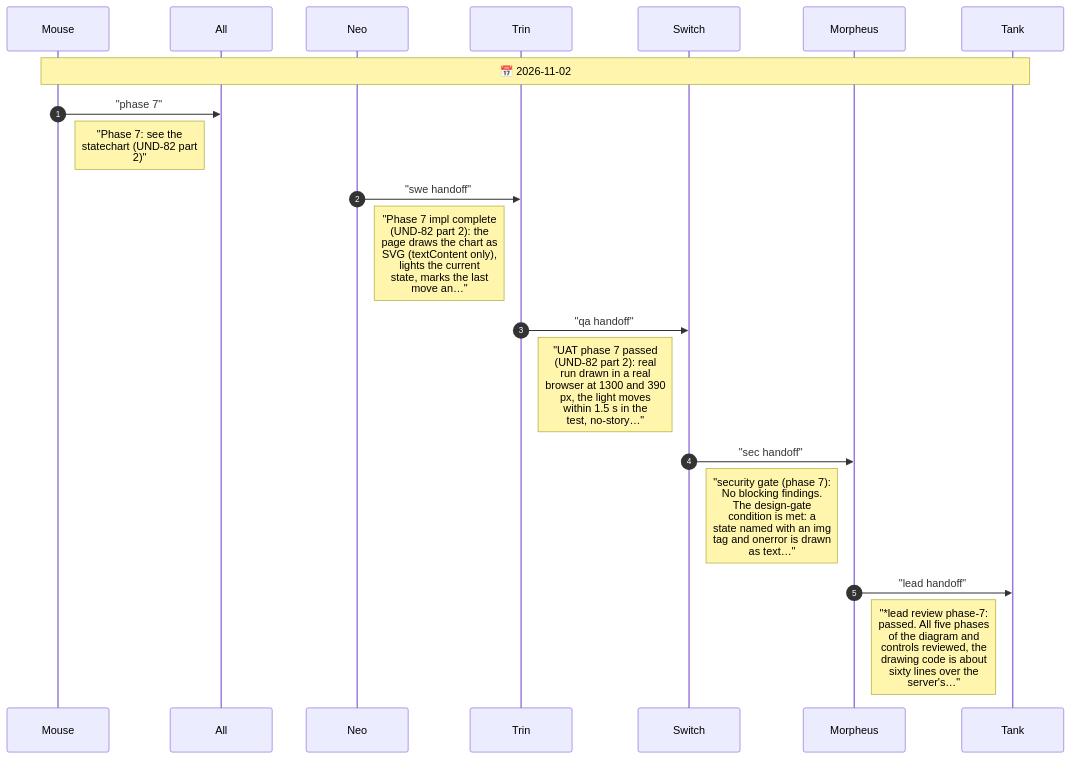
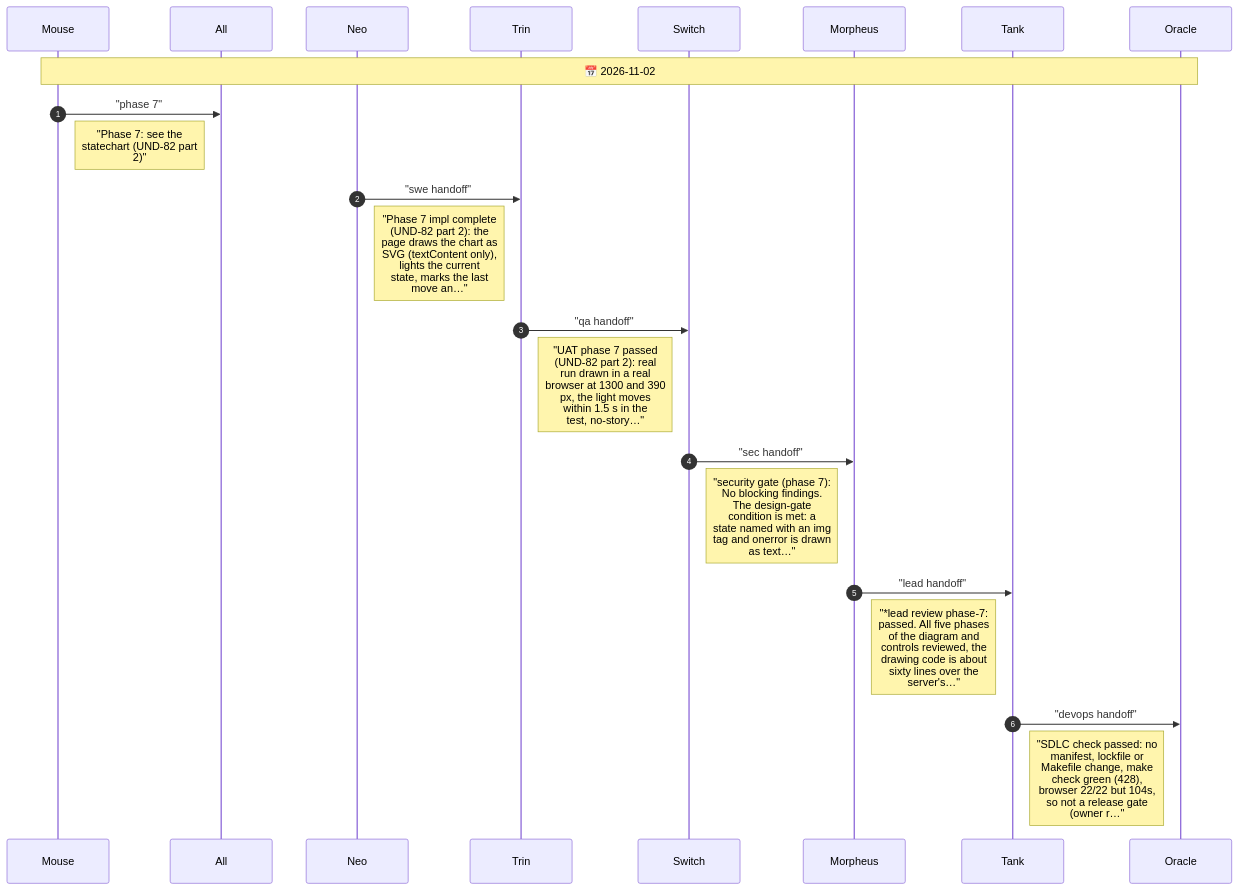
Diagram 15 of 15 in agents/CHAT.diagram.md (drusifer/understudy), drawn with Mermaid before and after one commit. The commit also changed other lines of this file and 7 other files, not shown here.

````diff
--- a/agents/CHAT.diagram.md
+++ b/agents/CHAT.diagram.md
@@ -685,23 +685,26 @@
 ```mermaid
 %%{init: {"sequence": {"messageFontSize": 14, "noteFontSize": 18, "actorFontSize": 14}}}%%
 sequenceDiagram
     autonumber
     participant Mouse
     participant All
     participant Neo
     participant Trin
     participant Switch
     participant Morpheus
     participant Tank
-    Note over Mouse,Tank: 📅 2026-11-02
+    participant Oracle
+    Note over Mouse,Oracle: 📅 2026-11-02
     Mouse->>All: "phase 7"
     Note right of Mouse: "Phase 7: see the<br/>statechart (UND-82 part<br/>2)"
     Neo->>Trin: "swe handoff"
     Note right of Neo: "Phase 7 impl complete<br/>(UND-82 part 2): the<br/>page draws the chart as<br/>SVG (textContent only),<br/>lights the current<br/>state, marks the last<br/>move an…"
     Trin->>Switch: "qa handoff"
     Note right of Trin: "UAT phase 7 passed<br/>(UND-82 part 2): real<br/>run drawn in a real<br/>browser at 1300 and 390<br/>px, the light moves<br/>within 1.5 s in the<br/>test, no-story…"
     Switch->>Morpheus: "sec handoff"
     Note right of Switch: "security gate (phase 7):<br/>No blocking findings.<br/>The design-gate<br/>condition is met: a<br/>state named with an img<br/>tag and onerror is drawn<br/>as text…"
     Morpheus->>Tank: "lead handoff"
     Note right of Morpheus: "*lead review phase-7:<br/>passed. All five phases<br/>of the diagram and<br/>controls reviewed, the<br/>drawing code is about<br/>sixty lines over the<br/>server's…"
+    Tank->>Oracle: "devops handoff"
+    Note right of Tank: "SDLC check passed: no<br/>manifest, lockfile or<br/>Makefile change, make<br/>check green (428),<br/>browser 22/22 but 104s,<br/>so not a release gate<br/>(owner r…"
 ```
````
